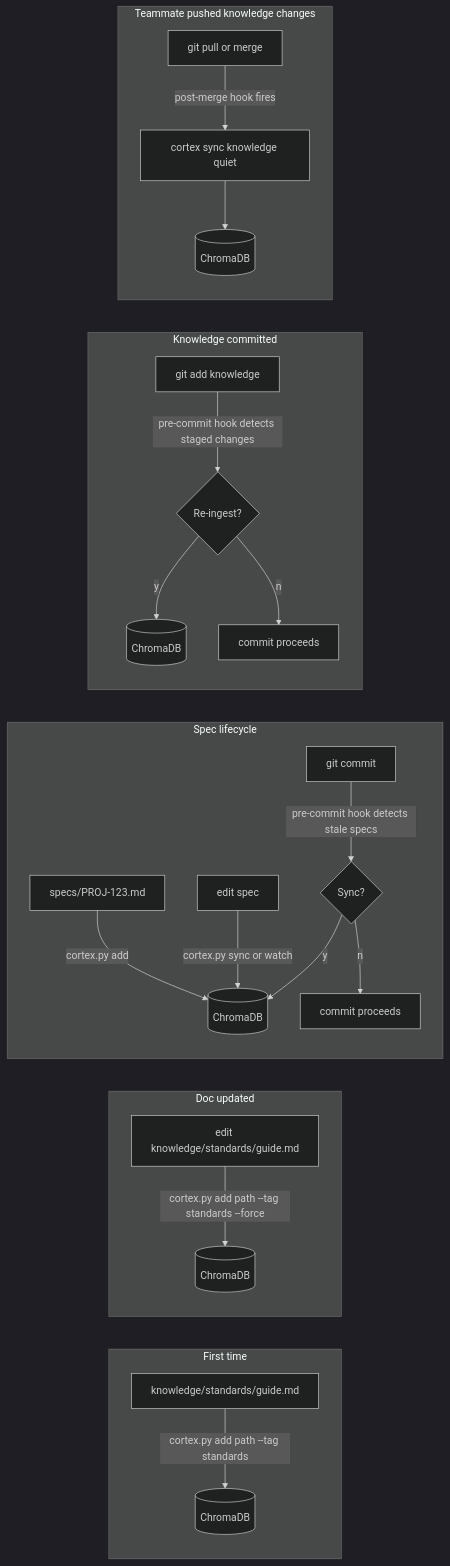
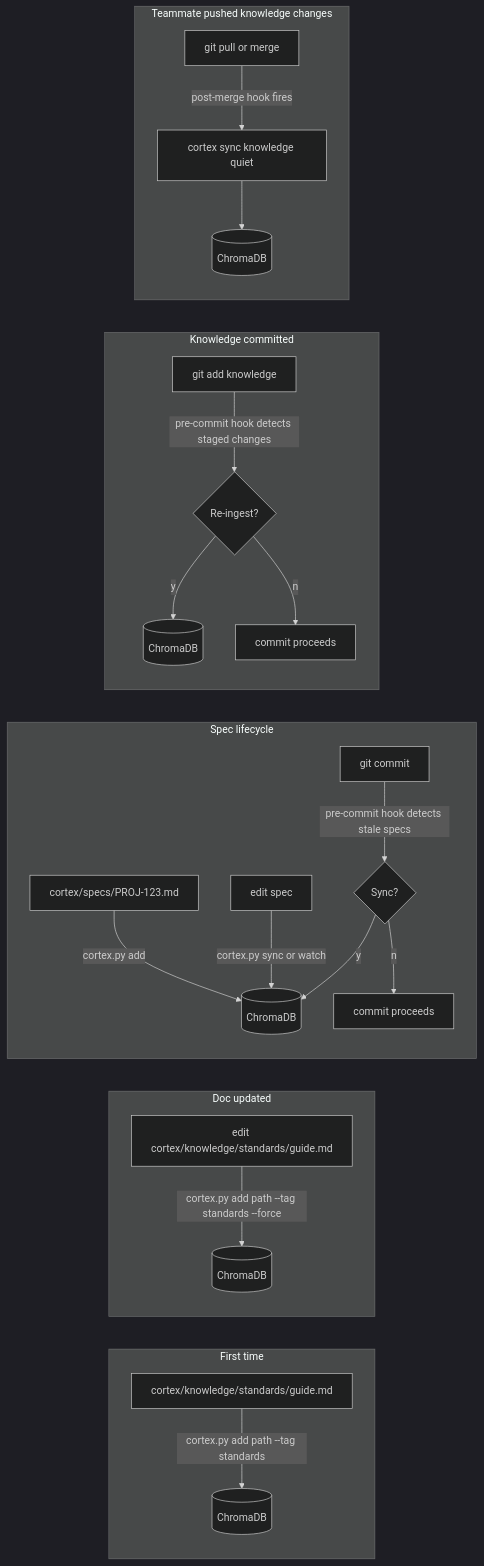
Before and after one commit to dsmoothdaboogie/cortex: the second of 2 diagrams in README.md, drawn with Mermaid (dark theme). The commit also changed other lines of this file and 56 other files, not shown here.

````diff
--- a/README.md
+++ b/README.md
@@ -163,29 +165,29 @@
 ```mermaid
 flowchart LR
     subgraph new["First time"]
-        A["knowledge/standards/guide.md"] -->|"cortex.py add path --tag standards"| DB1[(ChromaDB)]
+        A["cortex/knowledge/standards/guide.md"] -->|"cortex.py add path --tag standards"| DB1[(ChromaDB)]
     end
 
     subgraph update["Doc updated"]
-        B["edit knowledge/standards/guide.md"] -->|"cortex.py add path --tag standards --force"| DB2[(ChromaDB)]
+        B["edit cortex/knowledge/standards/guide.md"] -->|"cortex.py add path --tag standards --force"| DB2[(ChromaDB)]
     end
 
     subgraph spec["Spec lifecycle"]
-        C["specs/PROJ-123.md"] -->|"cortex.py add"| DB3[(ChromaDB)]
+        C["cortex/specs/PROJ-123.md"] -->|"cortex.py add"| DB3[(ChromaDB)]
         D["edit spec"] -->|"cortex.py sync or watch"| DB3
         E["git commit"] -->|"pre-commit hook detects stale specs"| F{"Sync?"}
         F -->|y| DB3
         F -->|n| G["commit proceeds"]
     end
 
     subgraph khook["Knowledge committed"]
         H["git add knowledge"] -->|"pre-commit hook detects staged changes"| I{"Re-ingest?"}
         I -->|y| DB4[(ChromaDB)]
         I -->|n| J["commit proceeds"]
     end
 
     subgraph pull["Teammate pushed knowledge changes"]
         K["git pull or merge"] -->|"post-merge hook fires"| L["cortex sync knowledge quiet"]
         L --> DB5[(ChromaDB)]
     end
 ```
````
